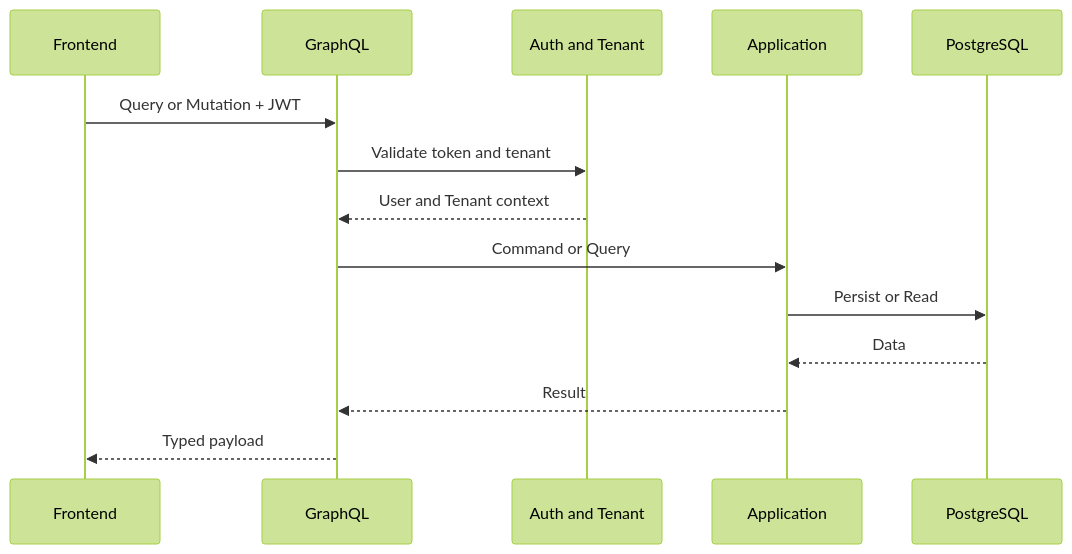
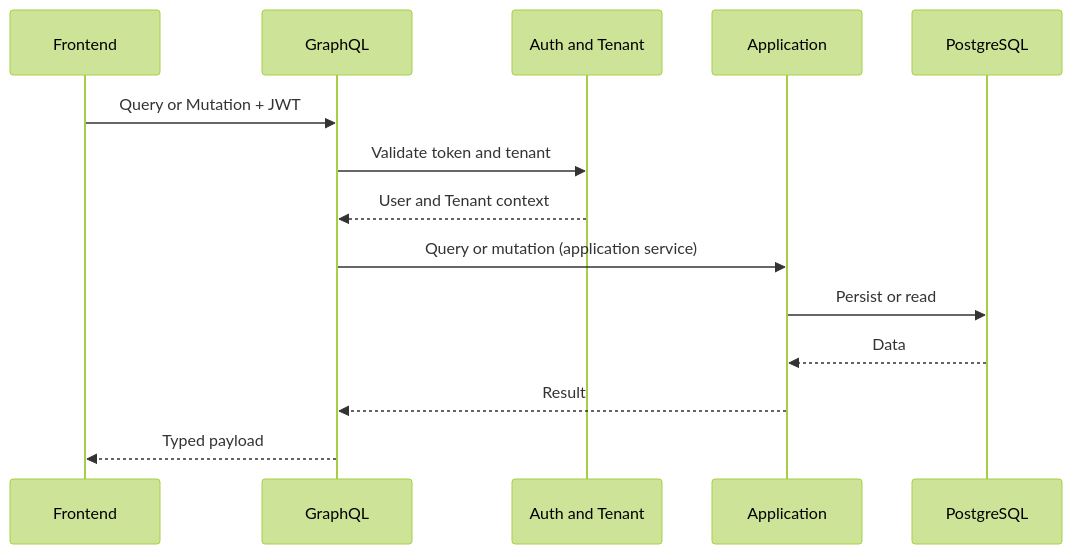
One commit to SDS37/kyc-multi-frontend changed the seventh of 8 diagrams in docs/architecture.md. Above: the diagram before and after it, drawn with Mermaid (forest theme). The commit also changed other lines of this file and 20 other files, not shown here.

First line of the commit message:
docs: after-MVP wishlist and honest Redis/MediatR diagrams (#113)

````diff
--- a/docs/architecture.md
+++ b/docs/architecture.md
@@ -209,17 +216,17 @@
 ```mermaid
 sequenceDiagram
     participant UI as Frontend
     participant GQL as GraphQL
     participant Auth as Auth and Tenant
     participant App as Application
     participant DB as PostgreSQL
 
     UI->>GQL: Query or Mutation + JWT
     GQL->>Auth: Validate token and tenant
     Auth-->>GQL: User and Tenant context
-    GQL->>App: Command or Query
-    App->>DB: Persist or Read
+    GQL->>App: Query or mutation (application service)
+    App->>DB: Persist or read
     DB-->>App: Data
     App-->>GQL: Result
     GQL-->>UI: Typed payload
 ```
````
